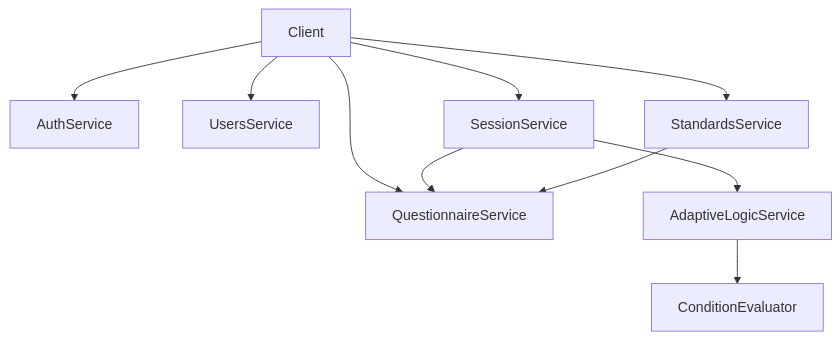
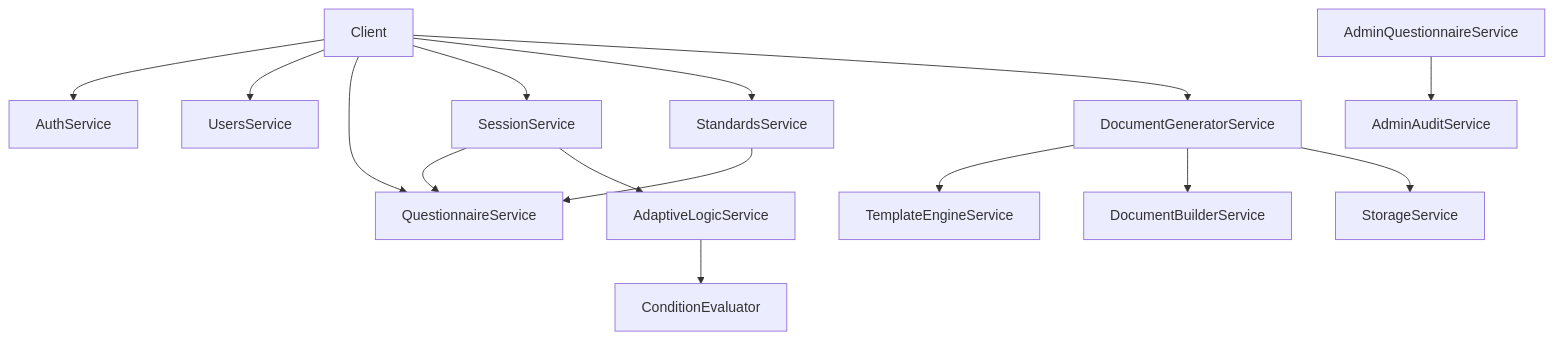
One commit to Avi-Bendetsky/Quiz-to-build changed the second of 11 diagrams in .qoder/repowiki/en/content/Core Modules/Core Modules.md. Above: the diagram before and after it, drawn with Mermaid. The commit also changed other lines of this file and 41 other files, not shown here.

````diff
--- a/.qoder/repowiki/en/content/Core Modules/Core Modules.md
+++ b/.qoder/repowiki/en/content/Core Modules/Core Modules.md
@@ -140,20 +187,31 @@
 ```mermaid
 graph TB
 Client["Client"]
 AuthSvc["AuthService"]
 UsersSvc["UsersService"]
 QnSvc["QuestionnaireService"]
 SessSvc["SessionService"]
 AdvSvc["AdaptiveLogicService"]
 CondEval["ConditionEvaluator"]
 StdSvc["StandardsService"]
+AdminSvc["AdminQuestionnaireService"]
+DocGenSvc["DocumentGeneratorService"]
+AuditSvc["AdminAuditService"]
+TemplateSvc["TemplateEngineService"]
+BuilderSvc["DocumentBuilderService"]
+StorageSvc["StorageService"]
 Client --> AuthSvc
 Client --> UsersSvc
 Client --> QnSvc
 Client --> SessSvc
 Client --> StdSvc
+Client --> DocGenSvc
 SessSvc --> QnSvc
 SessSvc --> AdvSvc
 AdvSvc --> CondEval
 StdSvc --> QnSvc
+AdminSvc --> AuditSvc
+DocGenSvc --> TemplateSvc
+DocGenSvc --> BuilderSvc
+DocGenSvc --> StorageSvc
 ```
````
